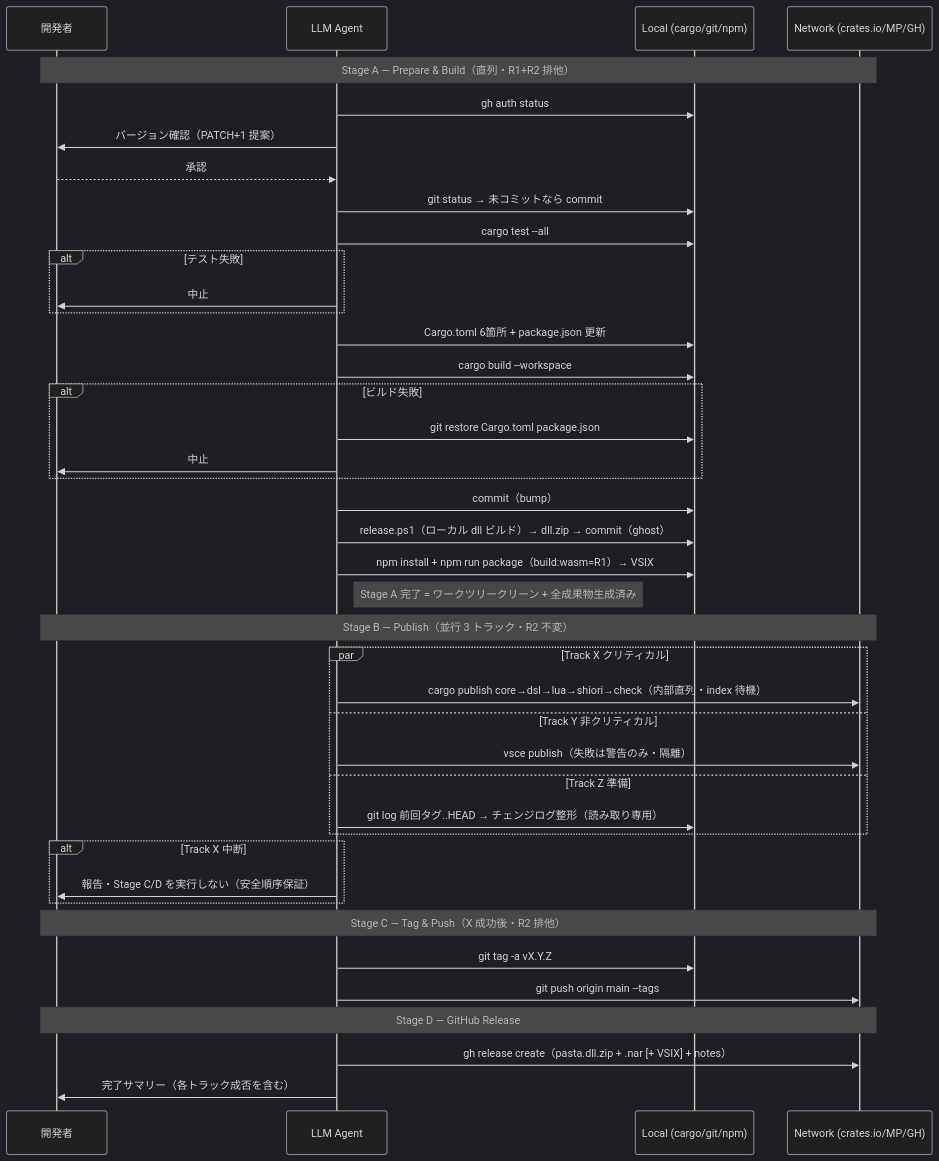
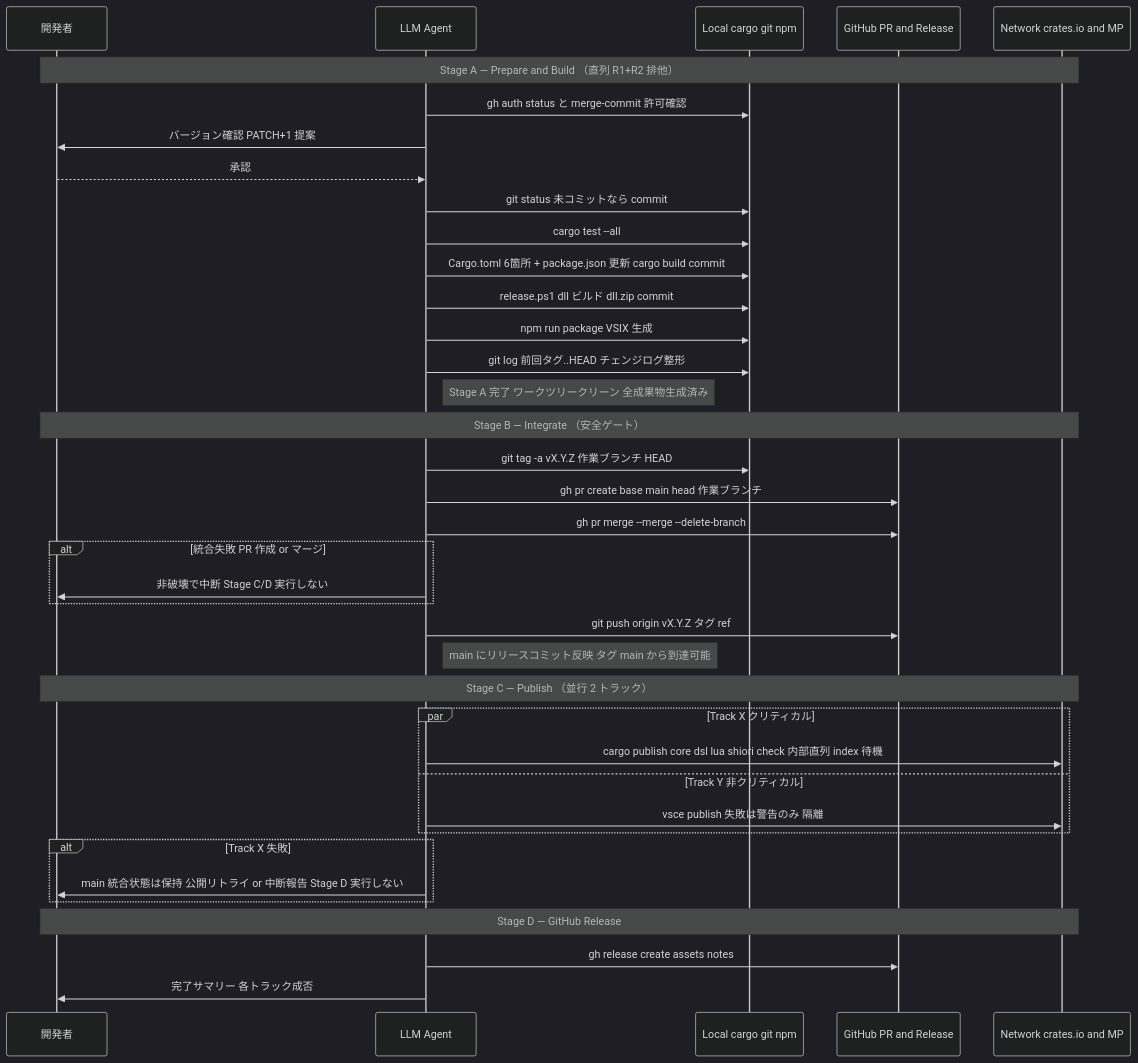
Before and after one commit to ekicyou/pasta: the second of 3 diagrams in .kiro/specs/release-workflow/design.md, drawn with Mermaid (dark theme). The commit also changed other lines of this file and 2 other files, not shown here.

Commit message:
docs(release-workflow): redesign for worktree + PR-merge integration (4-stage, integrate-before-publish)

````diff
--- a/.kiro/specs/release-workflow/design.md
+++ b/.kiro/specs/release-workflow/design.md
@@ -186,47 +221,44 @@
 ```mermaid
 sequenceDiagram
     participant Dev as 開発者
     participant LLM as LLM Agent
-    participant Local as Local (cargo/git/npm)
-    participant Net as Network (crates.io/MP/GH)
+    participant Local as Local cargo git npm
+    participant GH as GitHub PR and Release
+    participant Net as Network crates.io and MP
 
-    Note over Dev,Net: Stage A — Prepare & Build（直列・R1+R2 排他）
-    LLM->>Local: gh auth status
-    LLM->>Dev: バージョン確認（PATCH+1 提案）
+    Note over Dev,Net: Stage A — Prepare and Build （直列 R1+R2 排他）
+    LLM->>Local: gh auth status と merge-commit 許可確認
+    LLM->>Dev: バージョン確認 PATCH+1 提案
     Dev-->>LLM: 承認
-    LLM->>Local: git status → 未コミットなら commit
+    LLM->>Local: git status 未コミットなら commit
     LLM->>Local: cargo test --all
-    alt テスト失敗
-        LLM->>Dev: 中止
+    LLM->>Local: Cargo.toml 6箇所 + package.json 更新 cargo build commit
+    LLM->>Local: release.ps1 dll ビルド dll.zip commit
+    LLM->>Local: npm run package VSIX 生成
+    LLM->>Local: git log 前回タグ..HEAD チェンジログ整形
+    Note right of LLM: Stage A 完了 ワークツリークリーン 全成果物生成済み
+
+    Note over Dev,Net: Stage B — Integrate （安全ゲート）
+    LLM->>Local: git tag -a vX.Y.Z 作業ブランチ HEAD
+    LLM->>GH: gh pr create base main head 作業ブランチ
+    LLM->>GH: gh pr merge --merge --delete-branch
+    alt 統合失敗 PR 作成 or マージ
+        LLM->>Dev: 非破壊で中断 Stage C/D 実行しない
     end
-    LLM->>Local: Cargo.toml 6箇所 + package.json 更新
-    LLM->>Local: cargo build --workspace
-    alt ビルド失敗
-        LLM->>Local: git restore Cargo.toml package.json
-        LLM->>Dev: 中止
+    LLM->>GH: git push origin vX.Y.Z タグ ref
+    Note right of LLM: main にリリースコミット反映 タグ main から到達可能
+
+    Note over Dev,Net: Stage C — Publish （並行 2 トラック）
+    par Track X クリティカル
+        LLM->>Net: cargo publish core dsl lua shiori check 内部直列 index 待機
+    and Track Y 非クリティカル
+        LLM->>Net: vsce publish 失敗は警告のみ 隔離
     end
-    LLM->>Local: commit（bump）
-    LLM->>Local: release.ps1（ローカル dll ビルド）→ dll.zip → commit（ghost）
-    LLM->>Local: npm install + npm run package（build:wasm=R1）→ VSIX
-    Note right of LLM: Stage A 完了 = ワークツリークリーン + 全成果物生成済み
-
-    Note over Dev,Net: Stage B — Publish（並行 3 トラック・R2 不変）
-    par Track X クリティカル
-        LLM->>Net: cargo publish core→dsl→lua→shiori→check（内部直列・index 待機）
-    and Track Y 非クリティカル
-        LLM->>Net: vsce publish（失敗は警告のみ・隔離）
-    and Track Z 準備
-        LLM->>Local: git log 前回タグ..HEAD → チェンジログ整形（読み取り専用）
-    end
-    alt Track X 中断
-        LLM->>Dev: 報告・Stage C/D を実行しない（安全順序保証）
+    alt Track X 失敗
+        LLM->>Dev: main 統合状態は保持 公開リトライ or 中断報告 Stage D 実行しない
     end
 
-    Note over Dev,Net: Stage C — Tag & Push（X 成功後・R2 排他）
-    LLM->>Local: git tag -a vX.Y.Z
-    LLM->>Net: git push origin main --tags
-
     Note over Dev,Net: Stage D — GitHub Release
-    LLM->>Net: gh release create（pasta.dll.zip + .nar [+ VSIX] + notes）
-    LLM->>Dev: 完了サマリー（各トラック成否を含む）
+    LLM->>GH: gh release create assets notes
+    LLM->>Dev: 完了サマリー 各トラック成否
 ```
````
